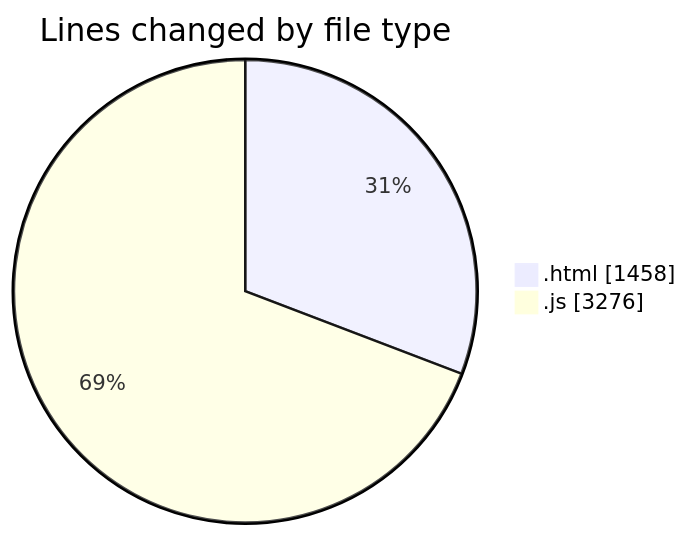
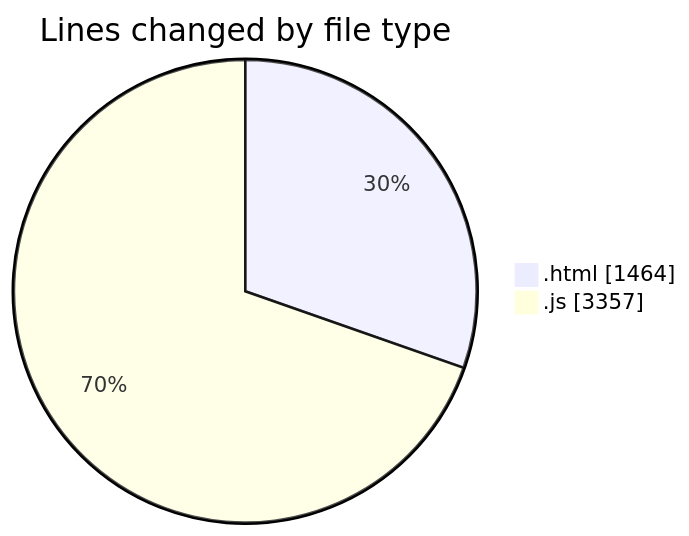
Before and after one commit to becaeroporto-bot/code-tracking: the first of 2 diagrams in 2026-02-19/bot_v1_2/README.md, drawn with Mermaid. The commit also changed other lines of this file and 1 other file, not shown here.

````diff
--- a/2026-02-19/bot_v1_2/README.md
+++ b/2026-02-19/bot_v1_2/README.md
@@ -28,6 +28,6 @@
 ```mermaid
 pie showData
 title Lines changed by file type
-".html" : 1458
-".js" : 3276
+".html" : 1464
+".js" : 3357
 ```
````
